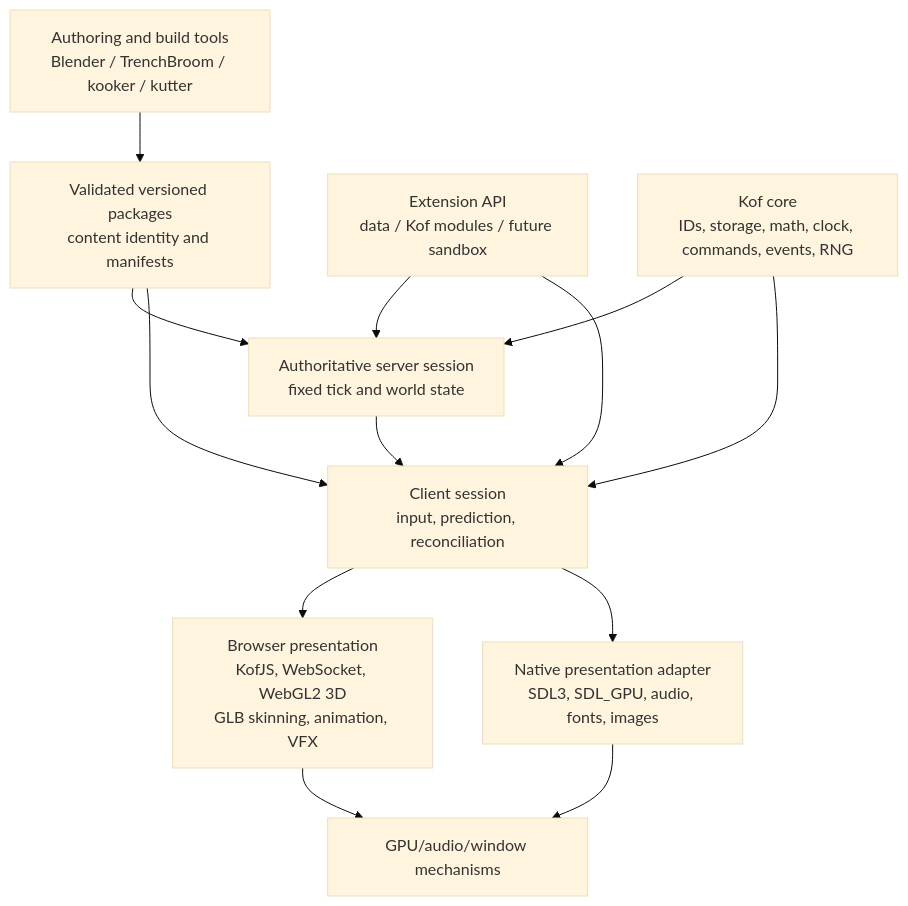
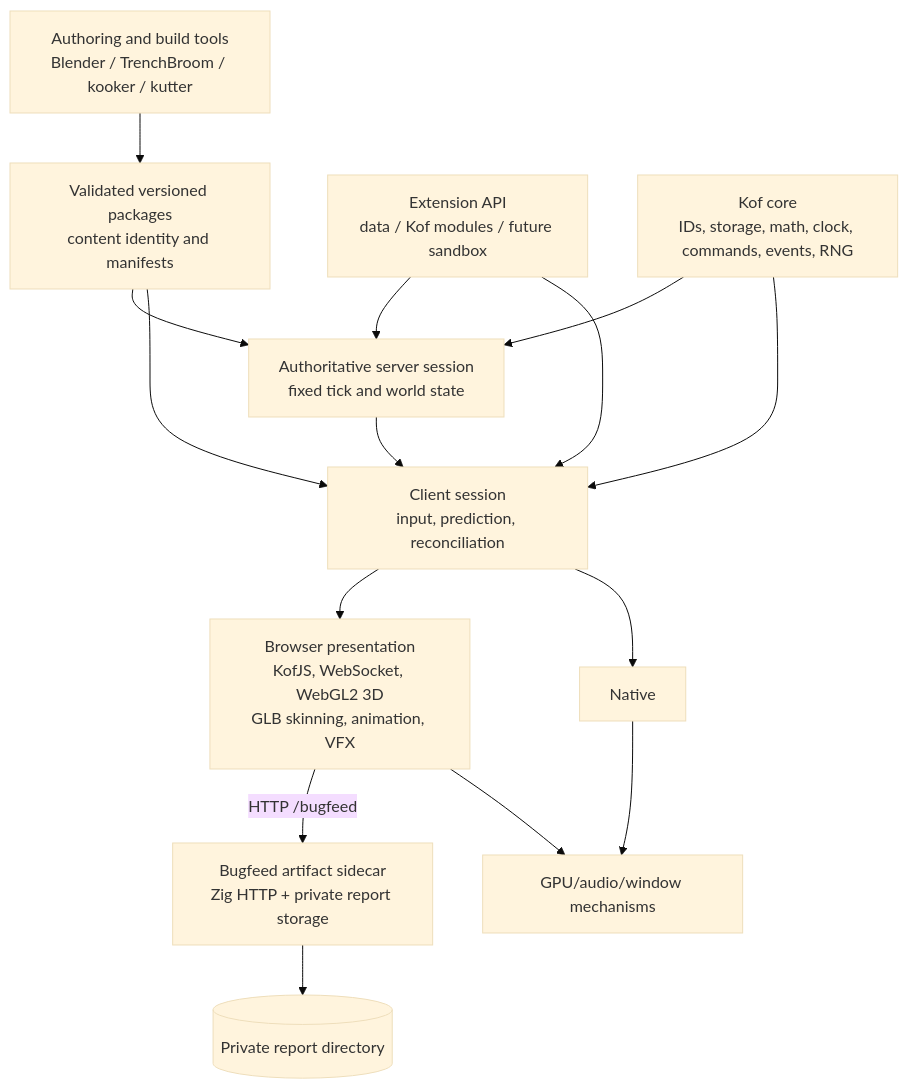
The first of 2 diagrams in docs/ARCHITECTURE.md (rufl/KOOKIE), drawn with Mermaid (base theme) before and after one commit. The commit also changed other lines of this file and 19 other files, not shown here.

Commit message:
Move Bugfeed to Zig and improve multiplayer controls and animation

````diff
--- a/docs/ARCHITECTURE.md
+++ b/docs/ARCHITECTURE.md
@@ -121,25 +123,28 @@
 ```mermaid
 flowchart TB
     Tools[Authoring and build tools\nBlender / TrenchBroom / kooker / kutter]
     Packages[Validated versioned packages\ncontent identity and manifests]
     Extensions[Extension API\ndata / Kof modules / future sandbox]
     Server[Authoritative server session\nfixed tick and world state]
     Client[Client session\ninput, prediction, reconciliation]
     Core[Kof core\nIDs, storage, math, clock, commands, events, RNG]
     Browser[Browser presentation\nKofJS, WebSocket, WebGL2 3D\nGLB skinning, animation, VFX]
-    Native[Native presentation adapter\nSDL3, SDL_GPU, audio, fonts, images]
+    Bugfeed[Bugfeed artifact sidecar\nZig HTTP + private report storage]
+    ReportStore[(Private report directory)]
     GPU[GPU/audio/window mechanisms]
 
     Tools --> Packages
     Packages --> Server
     Packages --> Client
     Extensions --> Server
     Extensions --> Client
     Core --> Server
     Core --> Client
     Server --> Client
     Client --> Browser
+    Browser -->|HTTP /bugfeed| Bugfeed
+    Bugfeed --> ReportStore
     Client --> Native
     Browser --> GPU
     Native --> GPU
 ```
````
